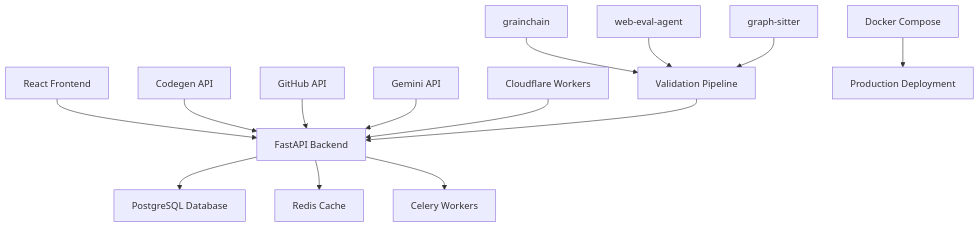
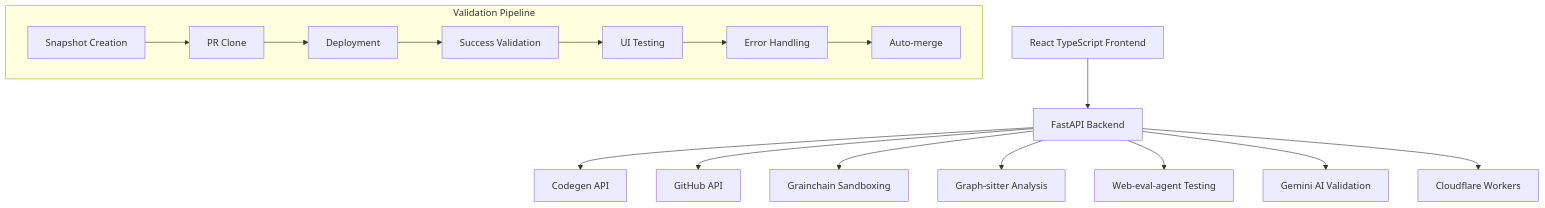
Before and after one commit to Zeeeepa/CodegenCICD: the diagram in README.md, drawn with Mermaid. The commit also changed other lines of this file and 16 other files, not shown here.

First line of the commit message:
🚀 Remove Docker implementation and create native deployment system

````diff
--- a/README.md
+++ b/README.md
@@ -34,19 +27,20 @@
 ```mermaid
 graph TB
-    A[React Frontend] --> B[FastAPI Backend]
-    B --> C[PostgreSQL Database]
-    B --> D[Redis Cache]
-    B --> E[Celery Workers]
+    A[React TypeScript Frontend] --> B[FastAPI Backend]
+    B --> C[Codegen API]
+    B --> D[GitHub API]
+    B --> E[Grainchain Sandboxing]
+    B --> F[Graph-sitter Analysis]
+    B --> G[Web-eval-agent Testing]
+    B --> H[Gemini AI Validation]
+    B --> I[Cloudflare Workers]
     
-    F[Codegen API] --> B
-    G[GitHub API] --> B
-    H[Gemini API] --> B
-    I[Cloudflare Workers] --> B
-    
-    J[grainchain] --> K[Validation Pipeline]
-    L[web-eval-agent] --> K
-    M[graph-sitter] --> K
-    K --> B
-    
-    N[Docker Compose] --> O[Production Deployment]
+    subgraph "Validation Pipeline"
+        J[Snapshot Creation] --> K[PR Clone]
+        K --> L[Deployment]
+        L --> M[Success Validation]
+        M --> N[UI Testing]
+        N --> O[Error Handling]
+        O --> P[Auto-merge]
+    end
 ```
````
